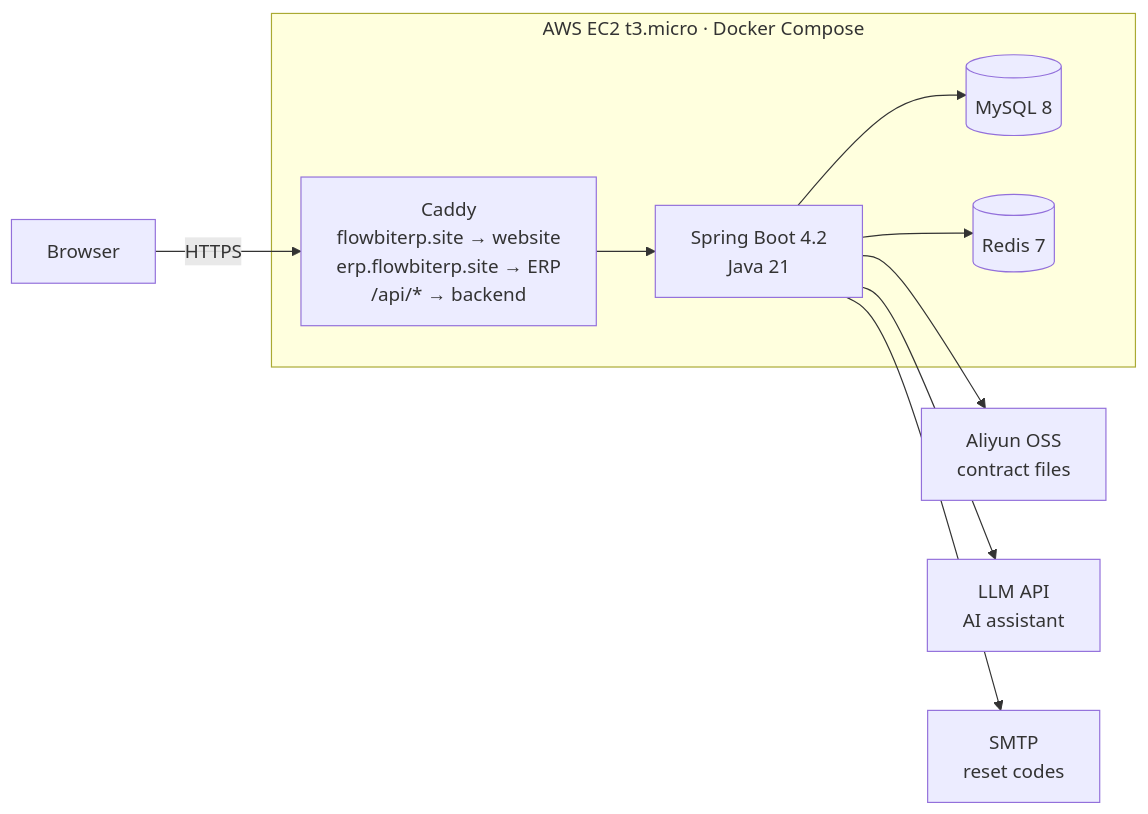
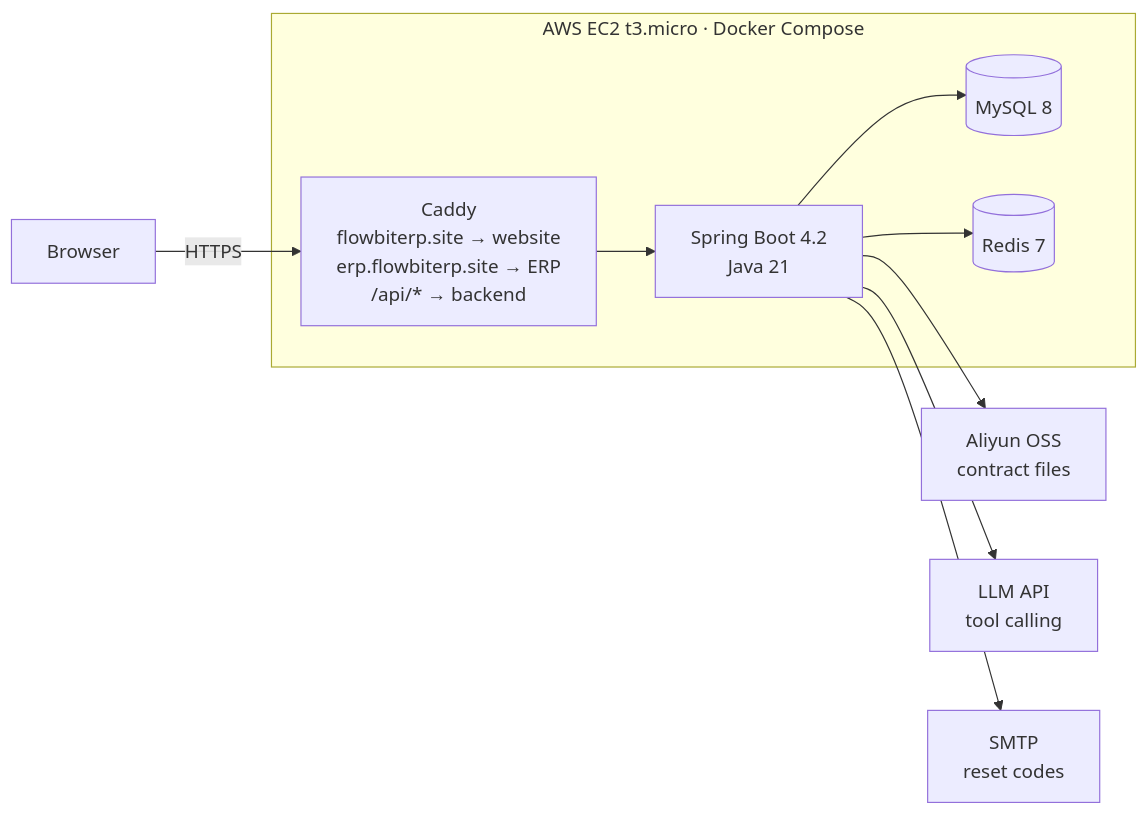
Before and after one commit to RRRRAN704/erp-fullstack-project: the first of 2 diagrams in README.md, drawn with Mermaid. The commit also changed other lines of this file and 5 other files, not shown here.

First line of the commit message:
README: AI tool calling, responsive UI, new problems solved, screenshots

````diff
--- a/README.md
+++ b/README.md
@@ -40,18 +52,18 @@
 ```mermaid
 flowchart LR
     U[Browser] -->|HTTPS| C
 
     subgraph EC2["AWS EC2 t3.micro · Docker Compose"]
         C["Caddy<br/>flowbiterp.site → website<br/>erp.flowbiterp.site → ERP<br/>/api/* → backend"]
         B["Spring Boot 4.2<br/>Java 21"]
         M[(MySQL 8)]
         R[(Redis 7)]
         C --> B
         B --> M
         B --> R
     end
 
     B --> O[Aliyun OSS<br/>contract files]
-    B --> L[LLM API<br/>AI assistant]
+    B --> L[LLM API<br/>tool calling]
     B --> E[SMTP<br/>reset codes]
 ```
````
